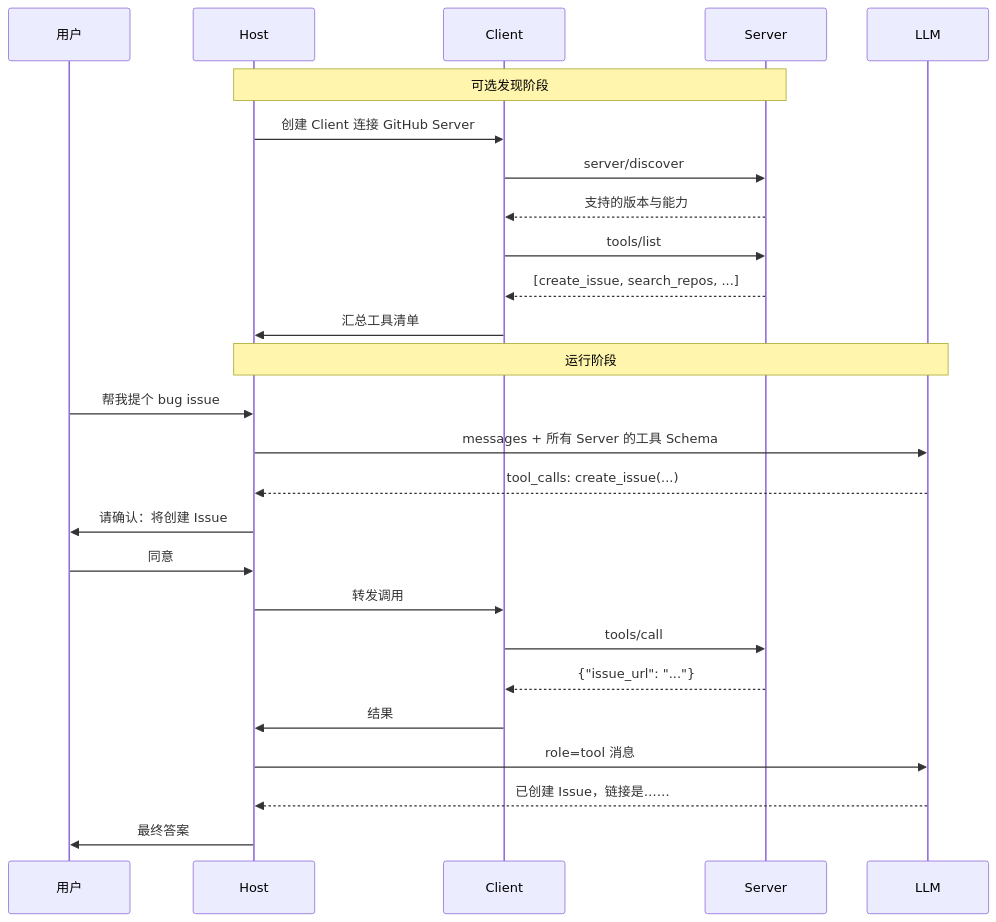
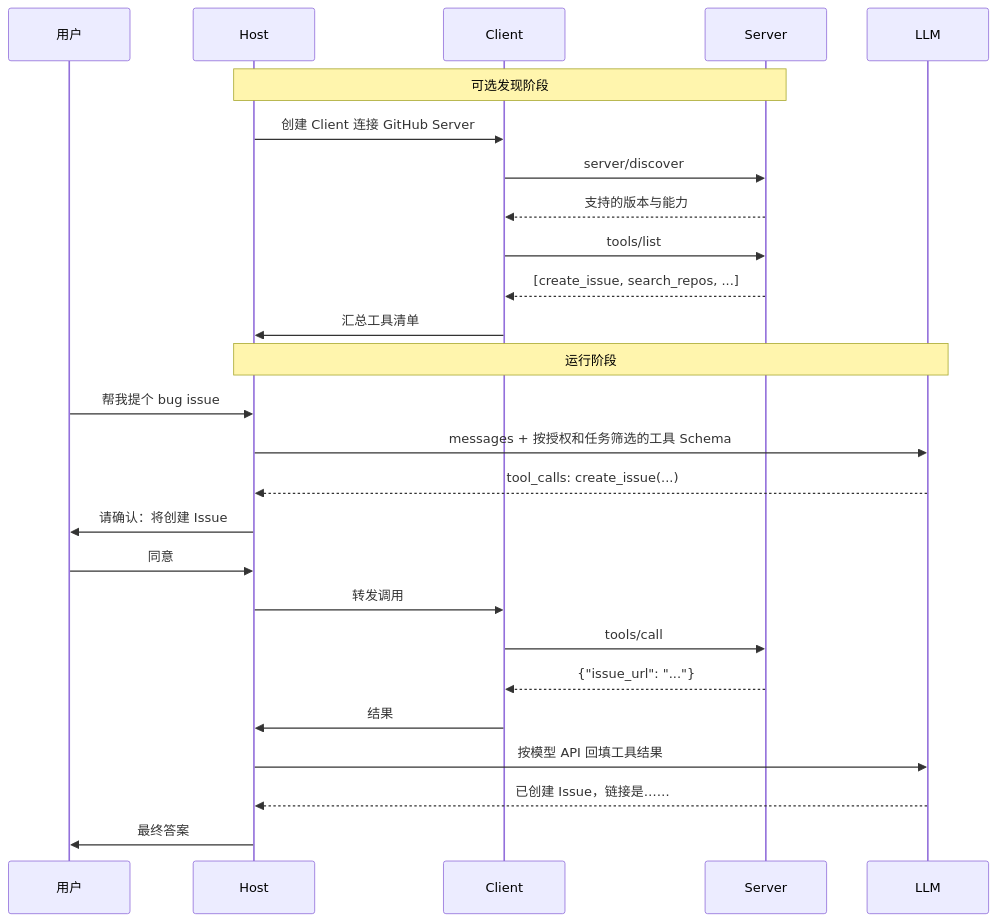
Before and after one commit to oneleaveknowsthefall/awesome-ai-roadmap: the fifth of 5 diagrams in docs/tools/02-mcp/05-mcp-components.md, drawn with Mermaid. The commit also changed other lines of this file and 50 other files, not shown here.

````diff
--- a/docs/tools/02-mcp/05-mcp-components.md
+++ b/docs/tools/02-mcp/05-mcp-components.md
@@ -173,30 +184,30 @@
 ```mermaid
 sequenceDiagram
     participant U as 用户
     participant H as Host
     participant C as Client
     participant S as Server
     participant M as LLM
 
     Note over H,S: 可选发现阶段
     H->>C: 创建 Client 连接 GitHub Server
     C->>S: server/discover
     S-->>C: 支持的版本与能力
     C->>S: tools/list
     S-->>C: [create_issue, search_repos, ...]
     C->>H: 汇总工具清单
 
     Note over H,M: 运行阶段
     U->>H: 帮我提个 bug issue
-    H->>M: messages + 所有 Server 的工具 Schema
+    H->>M: messages + 按授权和任务筛选的工具 Schema
     M-->>H: tool_calls: create_issue(...)
     H->>U: 请确认：将创建 Issue
     U->>H: 同意
     H->>C: 转发调用
     C->>S: tools/call
     S-->>C: {"issue_url": "..."}
     C->>H: 结果
-    H->>M: role=tool 消息
+    H->>M: 按模型 API 回填工具结果
     M-->>H: 已创建 Issue，链接是……
     H->>U: 最终答案
 ```
````
